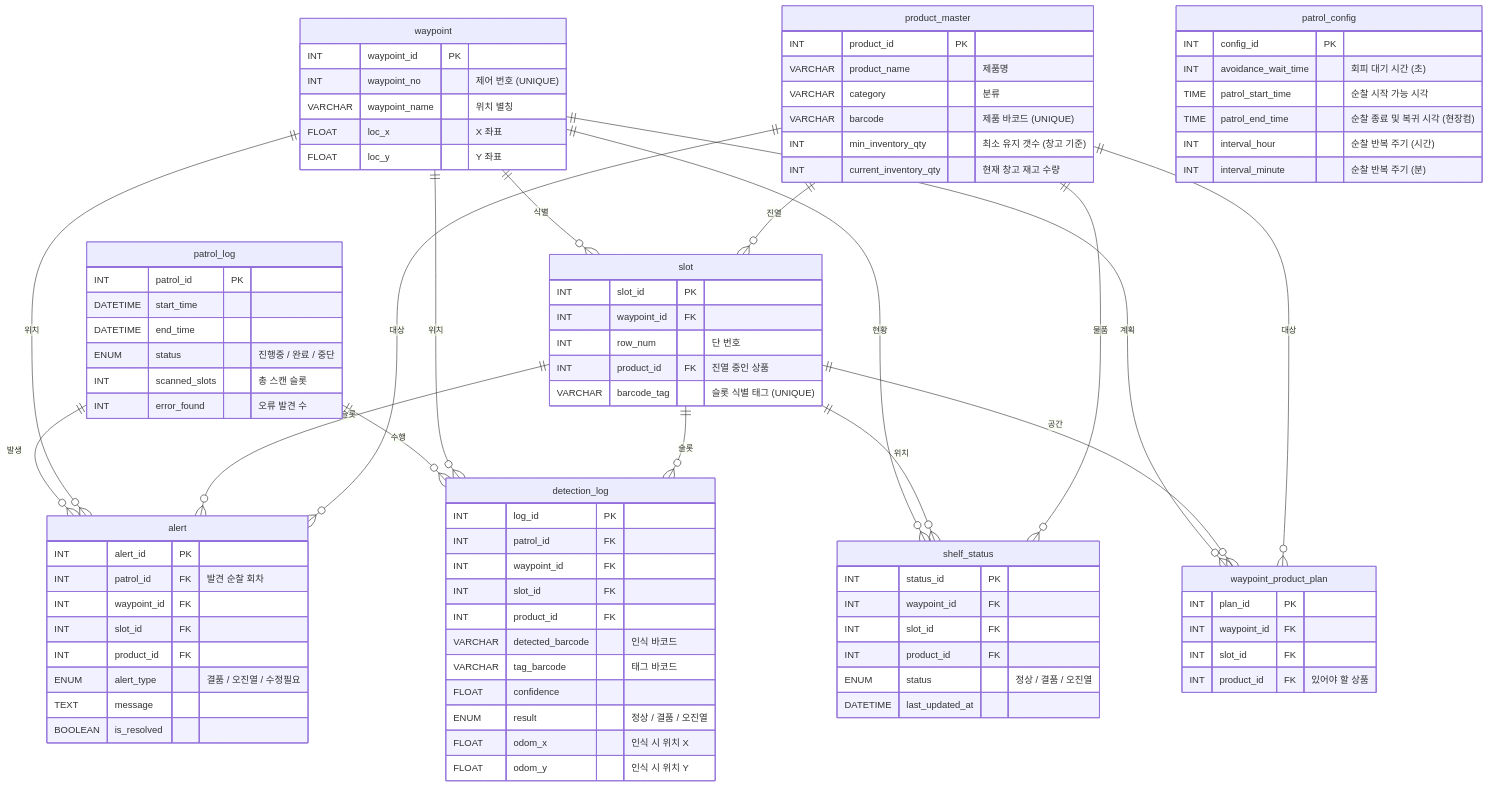
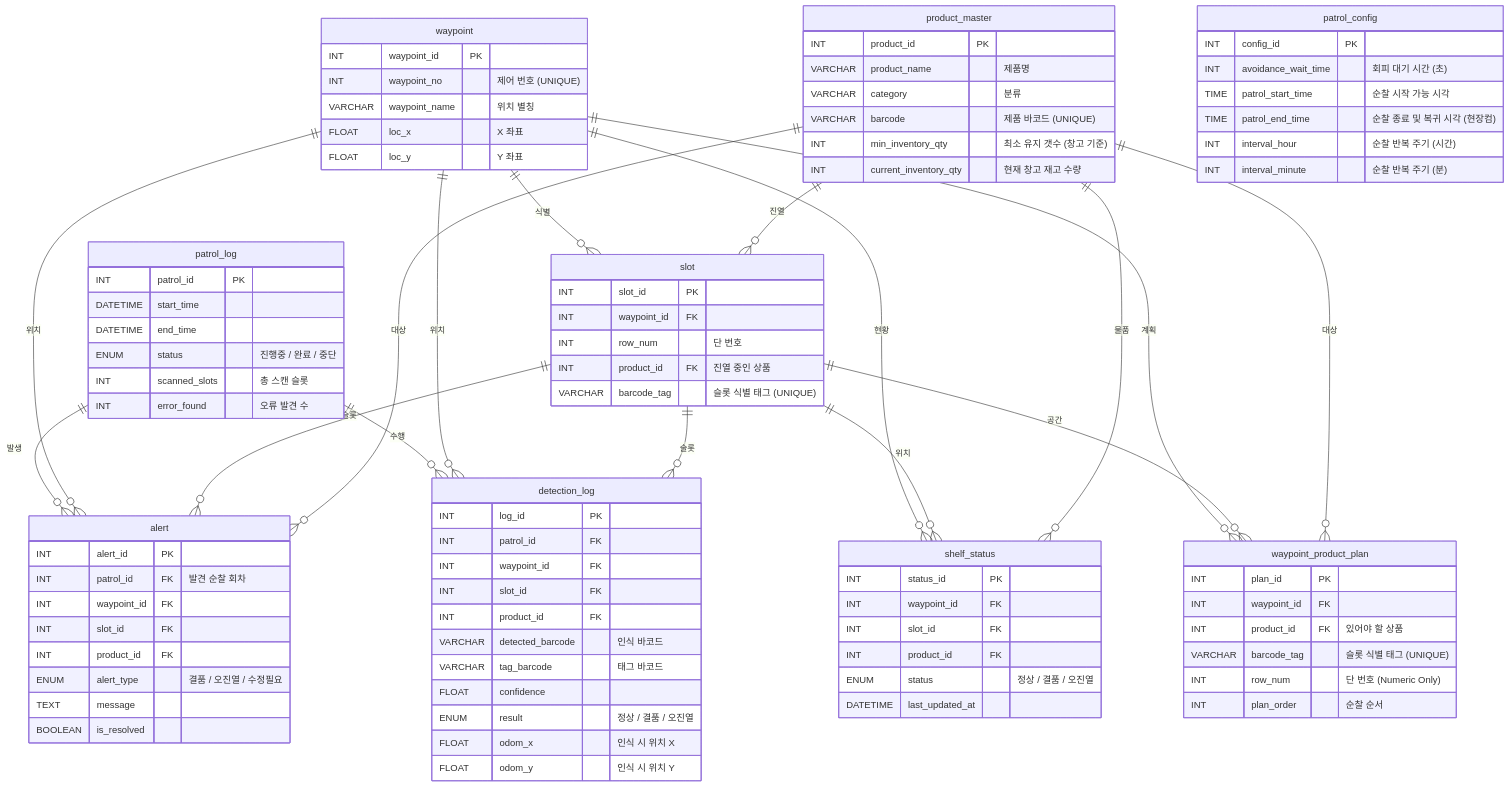
Before and after one commit to Hoon0185/AI_Robot_Final_Project202603: the diagram in db-server/doc/erd.md, drawn with Mermaid. The commit also changed 4 other files, not shown here.

```diff
--- a/db-server/doc/erd.md
+++ b/db-server/doc/erd.md
@@ -74,8 +74,10 @@
     waypoint_product_plan {
         INT plan_id PK
         INT waypoint_id FK
-        INT slot_id FK
         INT product_id FK "있어야 할 상품"
+        VARCHAR barcode_tag "슬롯 식별 태그 (UNIQUE)"
+        INT row_num "단 번호 (Numeric Only)"
+        INT plan_order "순찰 순서"
     }
 
     shelf_status {
```
